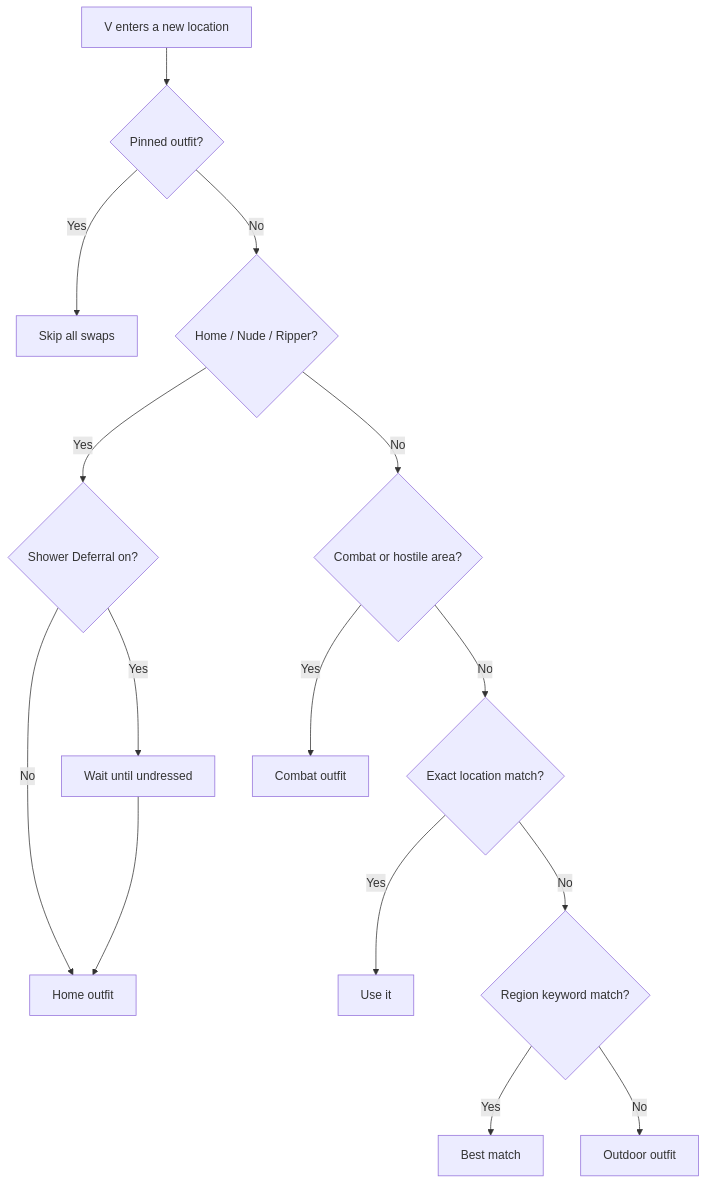
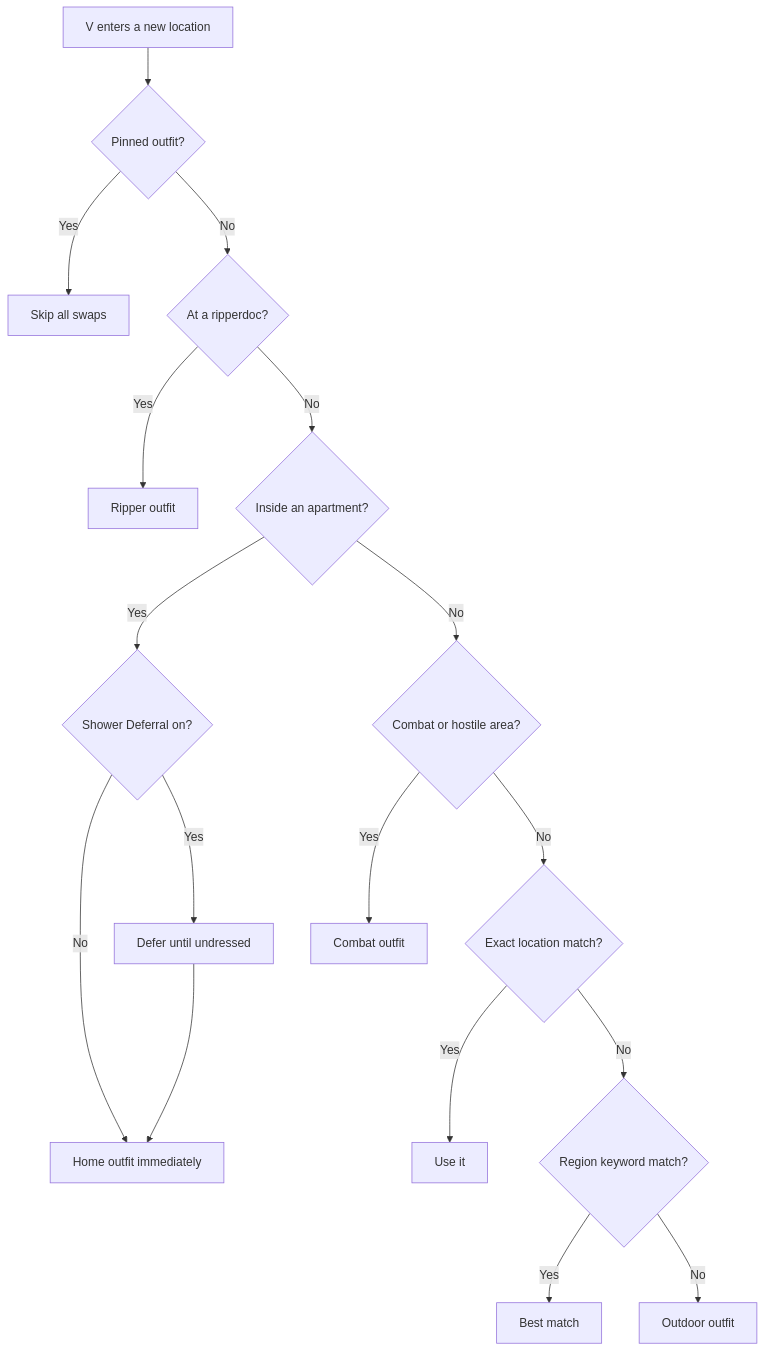
The diagram in docs/priority.md (Yorivel/Dynamic-Wardrobe), drawn with Mermaid before and after one commit.

````diff
--- a/docs/priority.md
+++ b/docs/priority.md
@@ -39,17 +39,19 @@
 ```mermaid
 flowchart TD
     A[V enters a new location] --> B{Pinned outfit?}
     B -- Yes --> C[Skip all swaps]
-    B -- No --> D{Home / Nude / Ripper?}
-    D -- Yes --> E{Shower Deferral on?}
-    E -- No --> F[Home outfit]
-    E -- Yes --> G[Wait until undressed]
-    G --> F
-    D -- No --> H{Combat or hostile area?}
-    H -- Yes --> I[Combat outfit]
-    H -- No --> J{Exact location match?}
-    J -- Yes --> K[Use it]
-    J -- No --> L{Region keyword match?}
-    L -- Yes --> M[Best match]
-    L -- No --> N[Outdoor outfit]
+    B -- No --> D{At a ripperdoc?}
+    D -- Yes --> E[Ripper outfit]
+    D -- No --> F{Inside an apartment?}
+    F -- Yes --> G{Shower Deferral on?}
+    G -- No --> H[Home outfit immediately]
+    G -- Yes --> I[Defer until undressed]
+    I --> H
+    F -- No --> J{Combat or hostile area?}
+    J -- Yes --> K[Combat outfit]
+    J -- No --> L{Exact location match?}
+    L -- Yes --> M[Use it]
+    L -- No --> N{Region keyword match?}
+    N -- Yes --> O[Best match]
+    N -- No --> P[Outdoor outfit]
 ```
````
